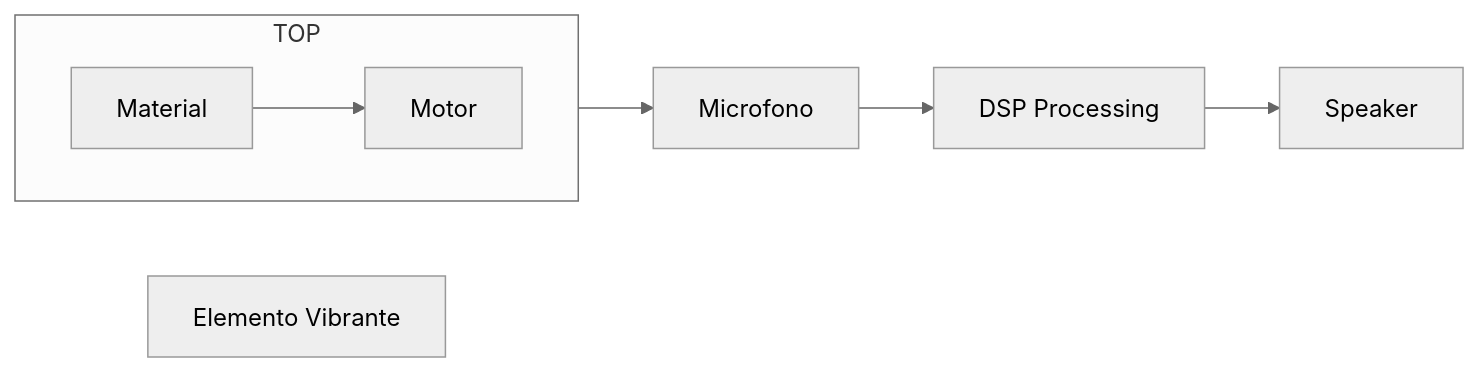
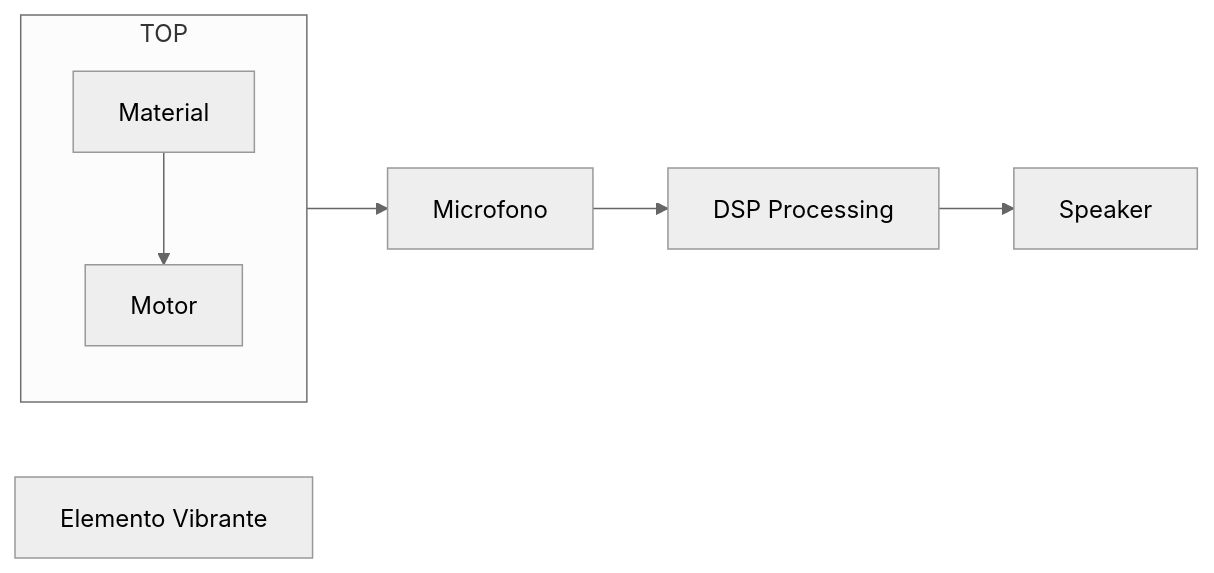
The diagram in README.md (Hortus-Deliciarum/docz), drawn with Mermaid (neutral theme) before and after one commit.

Commit message:
update info

````diff
--- a/README.md
+++ b/README.md
@@ -5,14 +5,13 @@
 ```mermaid
-graph LR
+flowchart LR
     A["Elemento Vibrante"]
     B["Microfono"]
     C["DSP Processing"]
     D["Speaker"]
 
     subgraph TOP
-        direction LR
         Material-->Motor
     end
 
-    TOP-->B-->C-->D
+    TOP --> B --> C --> D
 ```
````
